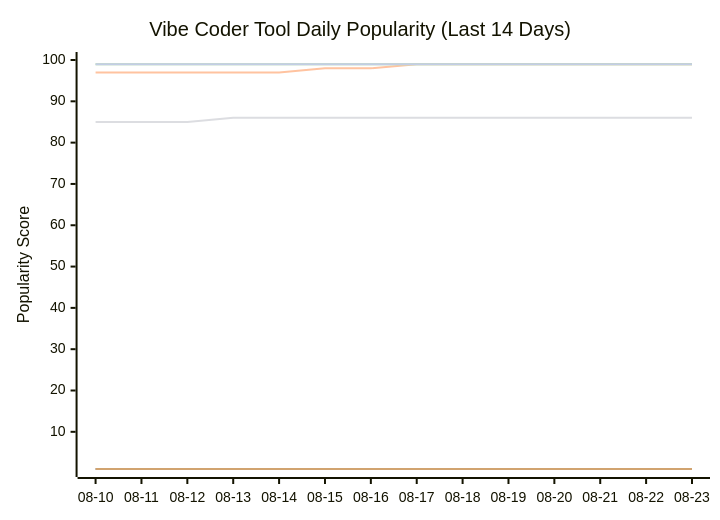
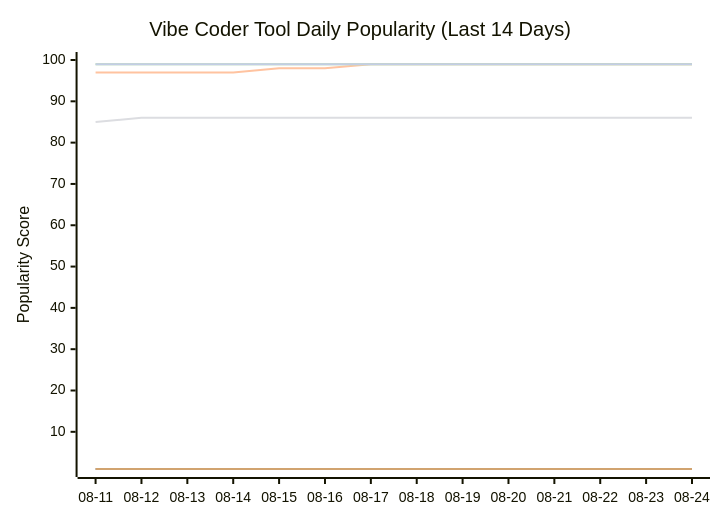
The seventh of 11 diagrams in README.md (tykimos/ai-whatchelin), drawn with Mermaid before and after one commit. The commit also changed other lines of this file and 4 other files, not shown here.

````diff
--- a/README.md
+++ b/README.md
@@ -2323,13 +2327,13 @@
 ```mermaid
 xychart-beta
     title "Vibe Coder Tool Daily Popularity (Last 14 Days)"
-    x-axis ["08-10", "08-11", "08-12", "08-13", "08-14", "08-15", "08-16", "08-17", "08-18", "08-19", "08-20", "08-21", "08-22", "08-23"]
+    x-axis ["08-11", "08-12", "08-13", "08-14", "08-15", "08-16", "08-17", "08-18", "08-19", "08-20", "08-21", "08-22", "08-23", "08-24"]
     y-axis "Popularity Score" 1 --> 100
     line "Claude Code" [99, 99, 99, 99, 99, 99, 99, 99, 99, 99, 99, 99, 99, 99]
     line "GH Copilot" [1, 1, 1, 1, 1, 1, 1, 1, 1, 1, 1, 1, 1, 1]
-    line "Cursor" [97, 97, 97, 97, 97, 98, 98, 99, 99, 99, 99, 99, 99, 99]
-    line "Windsurf" [85, 85, 85, 86, 86, 86, 86, 86, 86, 86, 86, 86, 86, 86]
+    line "Cursor" [97, 97, 97, 97, 98, 98, 99, 99, 99, 99, 99, 99, 99, 99]
+    line "Windsurf" [85, 86, 86, 86, 86, 86, 86, 86, 86, 86, 86, 86, 86, 86]
     line "Codex CLI" [99, 99, 99, 99, 99, 99, 99, 99, 99, 99, 99, 99, 99, 99]
     line "Gemini CLI" [1, 1, 1, 1, 1, 1, 1, 1, 1, 1, 1, 1, 1, 1]
     line "Antigravity" [99, 99, 99, 99, 99, 99, 99, 99, 99, 99, 99, 99, 99, 99]
 ```
````
